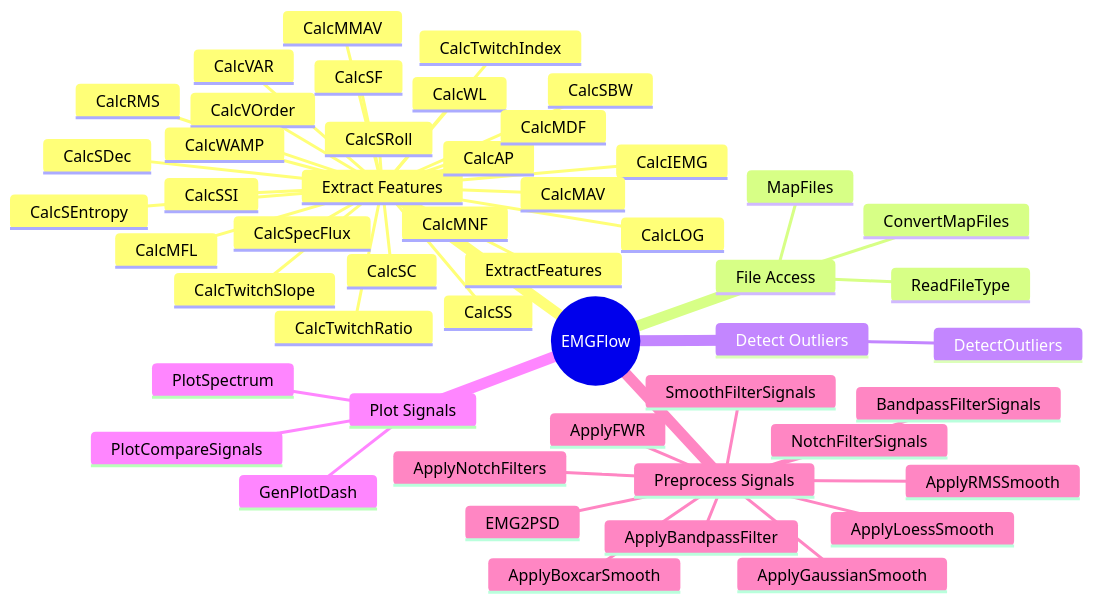
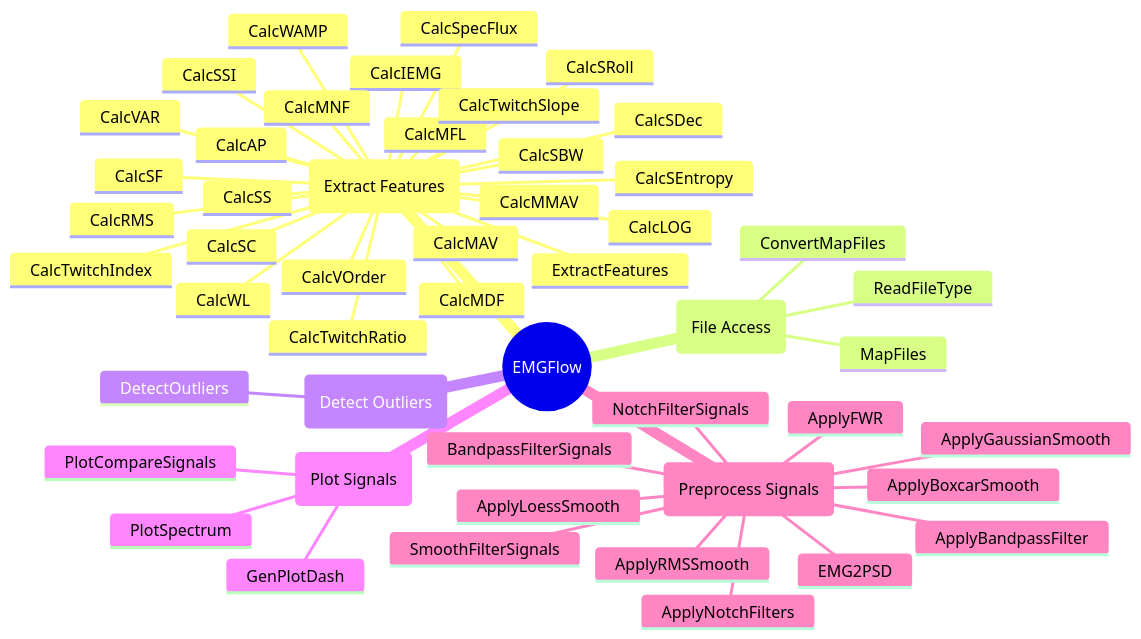
The second of 2 diagrams in docs/guide/getting-started.md (WiIIson/EMGFlow-Python-Package), drawn with Mermaid before and after one commit. The commit also changed other lines of this file, not shown here.

First line of the commit message:
Updated mermaid charts

````diff
--- a/docs/guide/getting-started.md
+++ b/docs/guide/getting-started.md
@@ -50,53 +61,53 @@
 ```mermaid
 mindmap
     root((EMGFlow))
-        Extract Features
+        EF(Extract Features)
             CalcIEMG
             CalcMAV
             CalcMMAV
             CalcSSI
             CalcVAR
             CalcVOrder
             CalcRMS
             CalcWL
             CalcWAMP
             CalcLOG
             CalcMFL
             CalcAP
             CalcSpecFlux
             CalcMDF
             CalcMNF
             CalcTwitchRatio
             CalcTwitchIndex
             CalcTwitchSlope
             CalcSC
             CalcSF
             CalcSS
             CalcSDec
             CalcSEntropy
             CalcSRoll
             CalcSBW
             ExtractFeatures
-        File Access
+        FA(File Access)
             ReadFileType
             MapFiles
             ConvertMapFiles
-        Detect Outliers
+        DO(Detect Outliers)
             DetectOutliers
-        Plot Signals
+        PS(Plot Signals)
             GenPlotDash
             PlotSpectrum
             PlotCompareSignals
-        Preprocess Signals
+        PrS(Preprocess Signals)
             EMG2PSD
             ApplyNotchFilters
             NotchFilterSignals
             ApplyBandpassFilter
             BandpassFilterSignals
             ApplyFWR
             ApplyBoxcarSmooth
             ApplyRMSSmooth
             ApplyGaussianSmooth
             ApplyLoessSmooth
             SmoothFilterSignals
 ```
````
